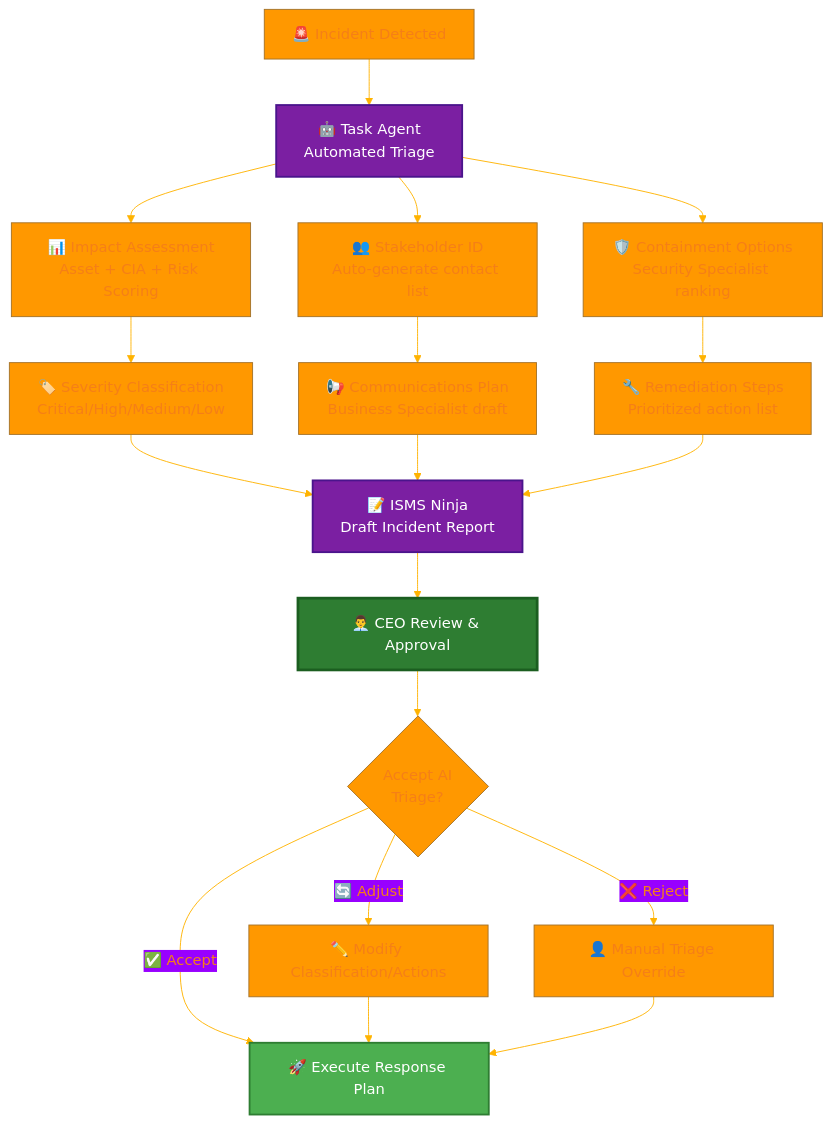
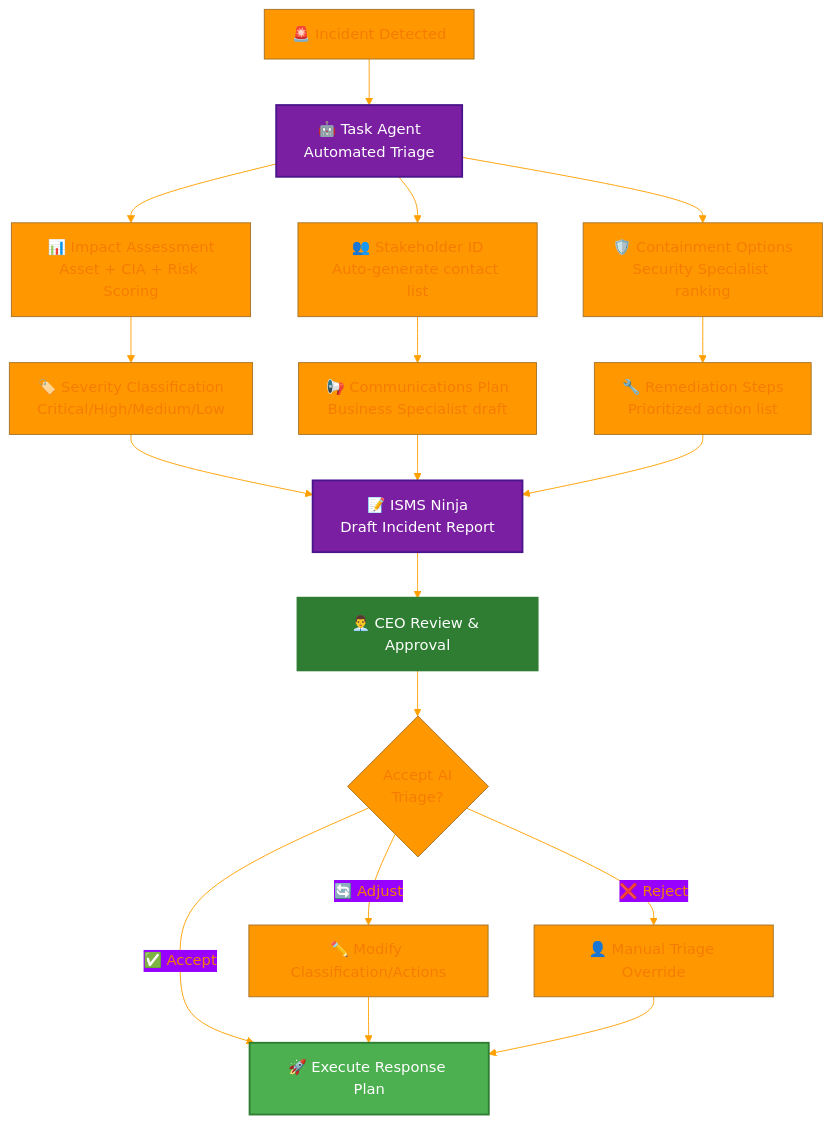
The sixth of 13 diagrams in Incident_Response_Plan.md (Hack23/ISMS-PUBLIC), drawn with Mermaid before and after one commit. The commit also changed other lines of this file and 18 other files, not shown here.

Commit message:
fix broken mermaid

````diff
--- a/Incident_Response_Plan.md
+++ b/Incident_Response_Plan.md
@@ -443,41 +443,41 @@
 ```mermaid
 %%{
   init: {
     'theme': 'base',
     'themeVariables': {
       'primaryColor': '#FF9800',
-      'primaryTextColor': '#f57f17',
-      'lineColor': '#ffb300'
+      'primaryTextColor': '#F57C00',
+      'lineColor': '#FFA000'
     }
   }
 }%%
 flowchart TD
     INCIDENT_DETECTED[🚨 Incident Detected] --> TASK_AGENT[🤖 Task Agent<br/>Automated Triage]
     
     TASK_AGENT --> ASSESS_IMPACT[📊 Impact Assessment<br/>Asset + CIA + Risk Scoring]
     TASK_AGENT --> ID_STAKEHOLDERS[👥 Stakeholder ID<br/>Auto-generate contact list]
     TASK_AGENT --> GEN_OPTIONS[🛡️ Containment Options<br/>Security Specialist ranking]
     
     ASSESS_IMPACT --> SEVERITY[🏷️ Severity Classification<br/>Critical/High/Medium/Low]
     ID_STAKEHOLDERS --> COMMS_PLAN[📢 Communications Plan<br/>Business Specialist draft]
     GEN_OPTIONS --> REMEDIATION[🔧 Remediation Steps<br/>Prioritized action list]
     
     SEVERITY --> ISMS_NINJA[📝 ISMS Ninja<br/>Draft Incident Report]
     COMMS_PLAN --> ISMS_NINJA
     REMEDIATION --> ISMS_NINJA
     
     ISMS_NINJA --> CEO_REVIEW[👨‍💼 CEO Review & Approval]
     
     CEO_REVIEW --> ACCEPT{Accept AI<br/>Triage?}
     ACCEPT -->|✅ Accept| EXECUTE[🚀 Execute Response Plan]
     ACCEPT -->|🔄 Adjust| MODIFY[✏️ Modify Classification/Actions]
     ACCEPT -->|❌ Reject| MANUAL[👤 Manual Triage Override]
     
     MODIFY --> EXECUTE
     MANUAL --> EXECUTE
     
     style TASK_AGENT fill:#7B1FA2,stroke:#4A148C,stroke-width:2px,color:#fff
     style ISMS_NINJA fill:#7B1FA2,stroke:#4A148C,stroke-width:2px,color:#fff
-    style CEO_REVIEW fill:#2E7D32,stroke:#1B5E20,stroke-width:3px,color:#fff
+    style CEO_REVIEW fill:#2E7D32,stroke:#2E7D32,stroke-width:3px,color:#fff
     style EXECUTE fill:#4CAF50,stroke:#2E7D32,stroke-width:2px,color:#fff
 ```
````
